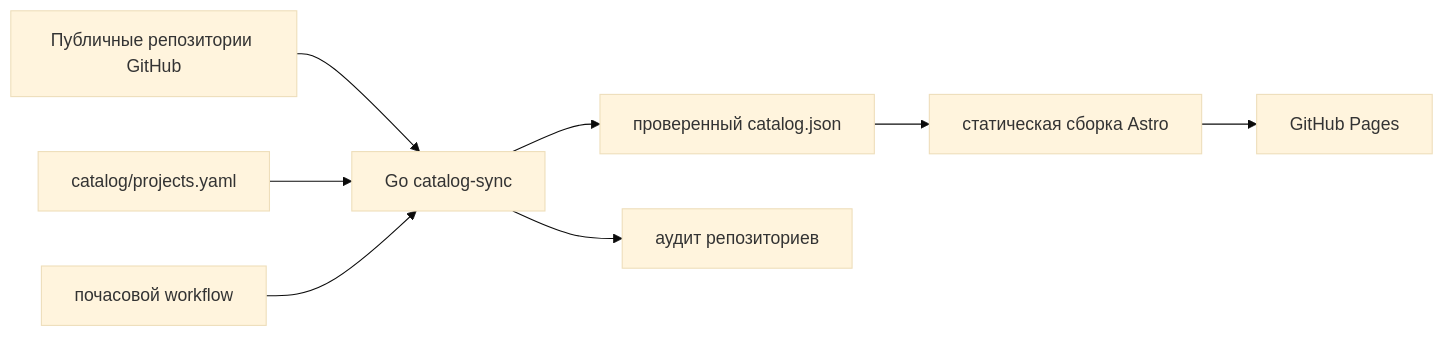
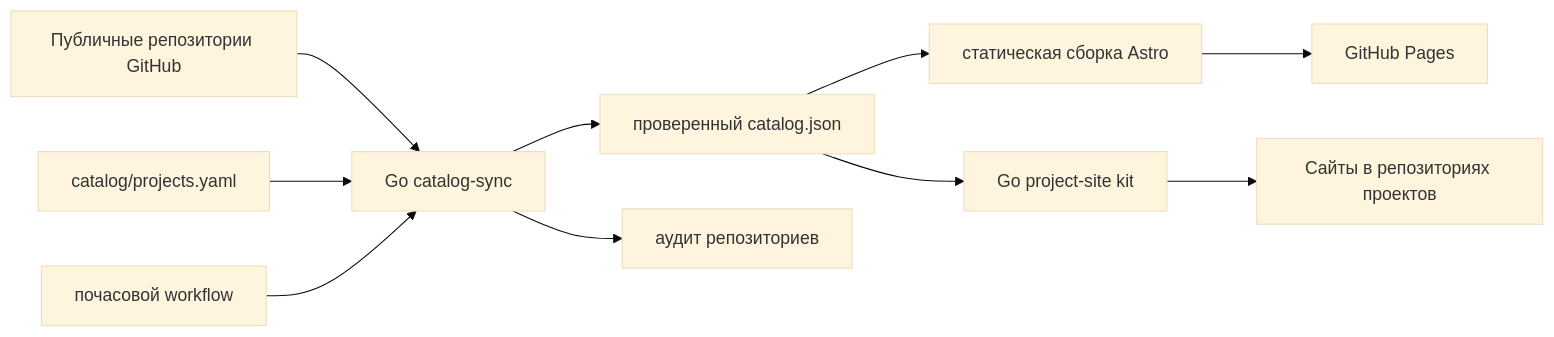
One commit to rekurt/rekurt.github.io changed the diagram in README.ru.md. Above: the diagram before and after it, drawn with Mermaid (base theme). The commit also changed other lines of this file and 8 other files, not shown here.

Commit message:
feat(site-kit): publish reusable project pages pipeline

````diff
--- a/README.ru.md
+++ b/README.ru.md
@@ -11,10 +11,12 @@
 ```mermaid
 flowchart LR
   GH[Публичные репозитории GitHub] --> SYNC[Go catalog-sync]
   YAML[catalog/projects.yaml] --> SYNC
   SYNC --> JSON[проверенный catalog.json]
   SYNC --> AUDIT[аудит репозиториев]
   JSON --> ASTRO[статическая сборка Astro]
   ASTRO --> PAGES[GitHub Pages]
+  JSON --> KIT[Go project-site kit]
+  KIT --> CHILD[Сайты в репозиториях проектов]
   CRON[почасовой workflow] --> SYNC
 ```
````
